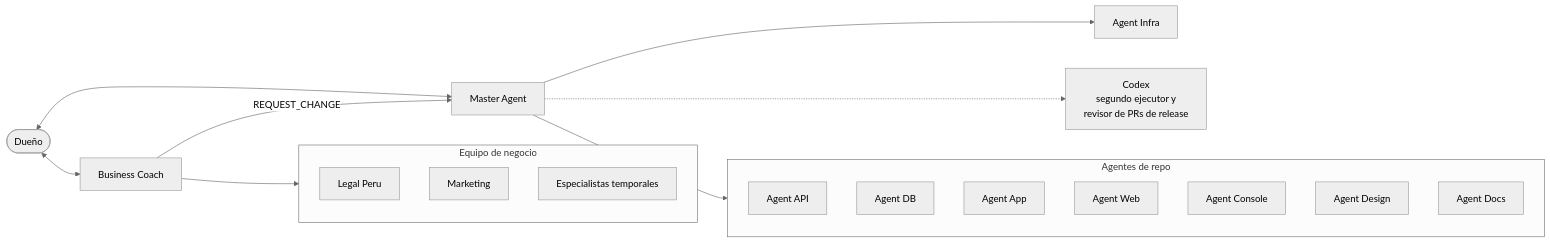
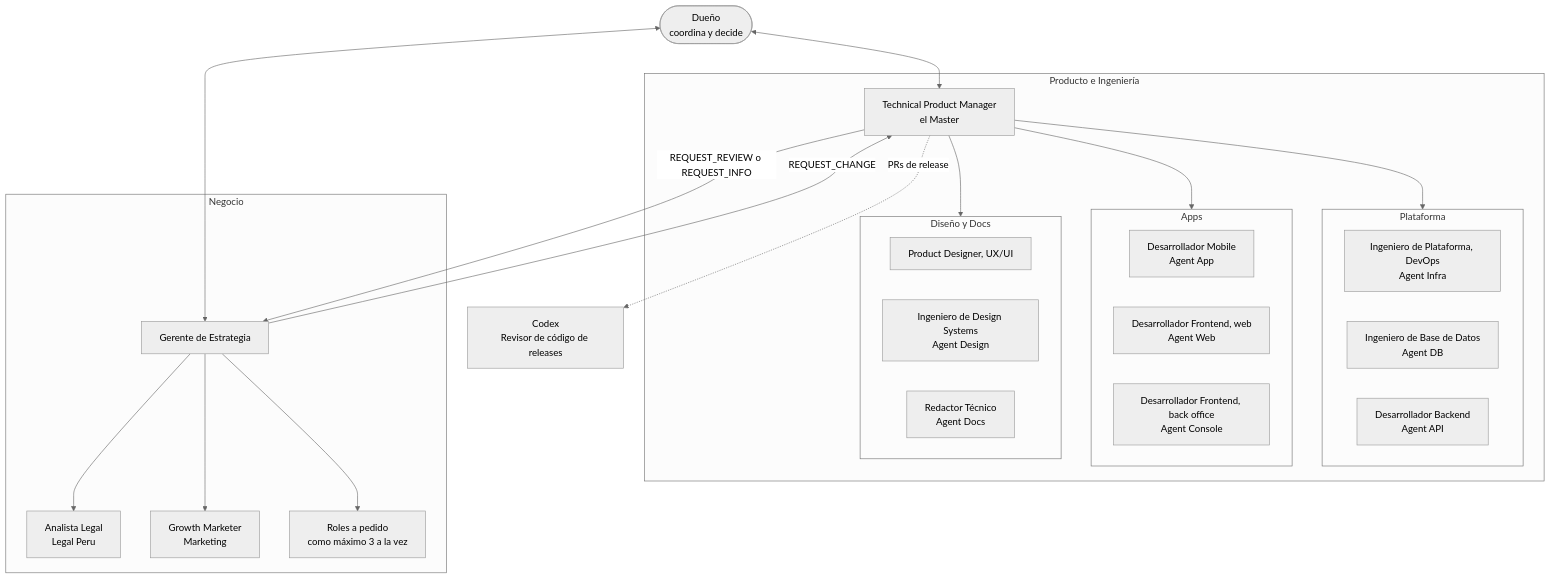
The diagram in i18n/es/docusaurus-plugin-content-docs/current/framework/overview.md (Gelpy/gelpy), drawn with Mermaid (neutral theme) before and after one commit. The commit also changed other lines of this file and 14 other files, not shown here.

First line of the commit message:
docs(framework): the startup organization with office roles and a Product Designer

````diff
--- a/i18n/es/docusaurus-plugin-content-docs/current/framework/overview.md
+++ b/i18n/es/docusaurus-plugin-content-docs/current/framework/overview.md
@@ -32,32 +34,44 @@
 ```mermaid
-flowchart LR
-  owner([Dueño])
-  master[Master Agent]
-  coach[Business Coach]
-  infra[Agent Infra]
-  codex[Codex<br/>segundo ejecutor y<br/>revisor de PRs de release]
+flowchart TB
+  owner([Dueño<br/>coordina y decide])
 
-  subgraph repos[Agentes de repo]
-    api[Agent API]
-    db[Agent DB]
-    app[Agent App]
-    web[Agent Web]
-    console[Agent Console]
-    design[Agent Design]
-    docs[Agent Docs]
+  subgraph product[Producto e Ingeniería]
+    tpm[Technical Product Manager<br/>el Master]
+    subgraph platform[Plataforma]
+      infra[Ingeniero de Plataforma, DevOps<br/>Agent Infra]
+      db[Ingeniero de Base de Datos<br/>Agent DB]
+      api[Desarrollador Backend<br/>Agent API]
+    end
+    subgraph apps[Apps]
+      app[Desarrollador Mobile<br/>Agent App]
+      web[Desarrollador Frontend, web<br/>Agent Web]
+      console[Desarrollador Frontend, back office<br/>Agent Console]
+    end
+    subgraph designdocs[Diseño y Docs]
+      ux[Product Designer, UX/UI]
+      design[Ingeniero de Design Systems<br/>Agent Design]
+      docs[Redactor Técnico<br/>Agent Docs]
+    end
   end
 
-  subgraph team[Equipo de negocio]
-    legal[Legal Peru]
-    marketing[Marketing]
-    temp[Especialistas temporales]
+  subgraph business[Negocio]
+    sm[Gerente de Estrategia]
+    legal[Analista Legal<br/>Legal Peru]
+    marketing[Growth Marketer<br/>Marketing]
+    temp[Roles a pedido<br/>como máximo 3 a la vez]
   end
 
-  owner <--> master
-  owner <--> coach
-  master --> infra
-  master --> repos
-  master -.-> codex
-  coach --> team
-  coach -->|REQUEST_CHANGE| master
+  codex[Codex<br/>Revisor de código de releases]
+
+  owner <--> tpm
+  owner <--> sm
+  tpm --> platform
+  tpm --> apps
+  tpm --> designdocs
+  tpm -.->|PRs de release| codex
+  sm --> legal
+  sm --> marketing
+  sm --> temp
+  sm -->|REQUEST_CHANGE| tpm
+  tpm -->|REQUEST_REVIEW o REQUEST_INFO| sm
 ```
````
